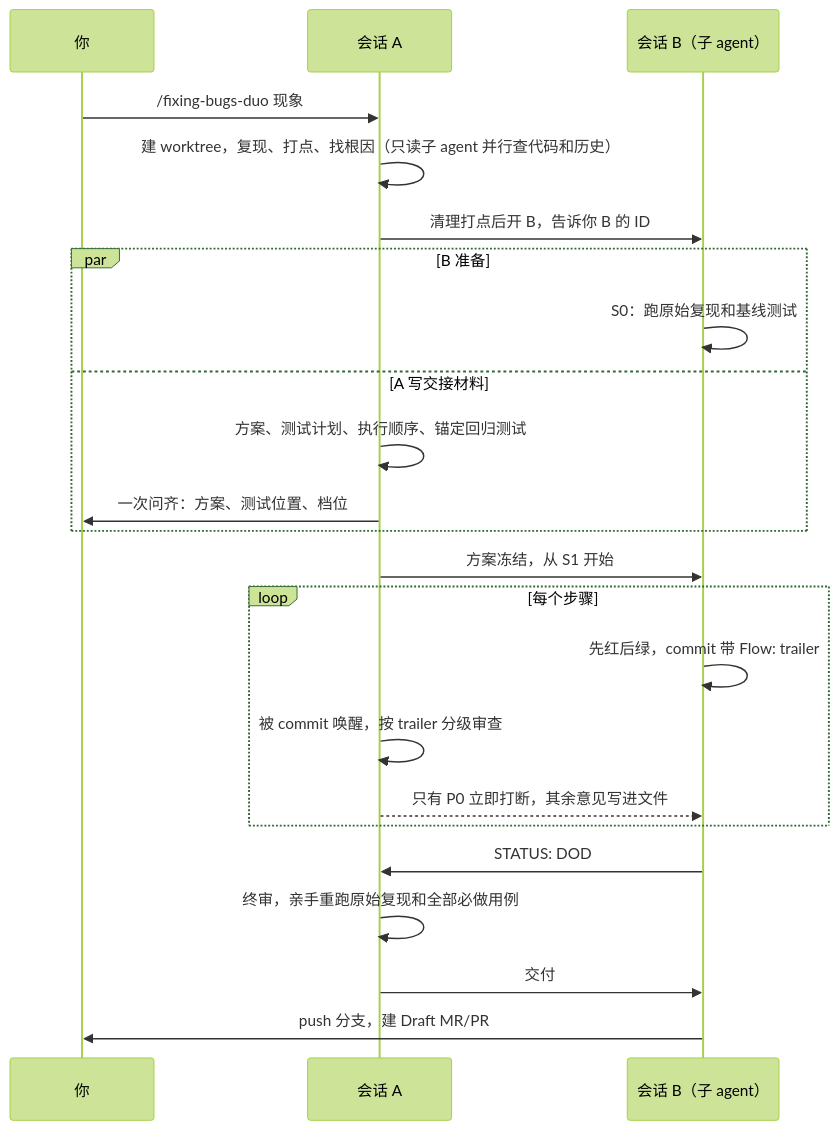
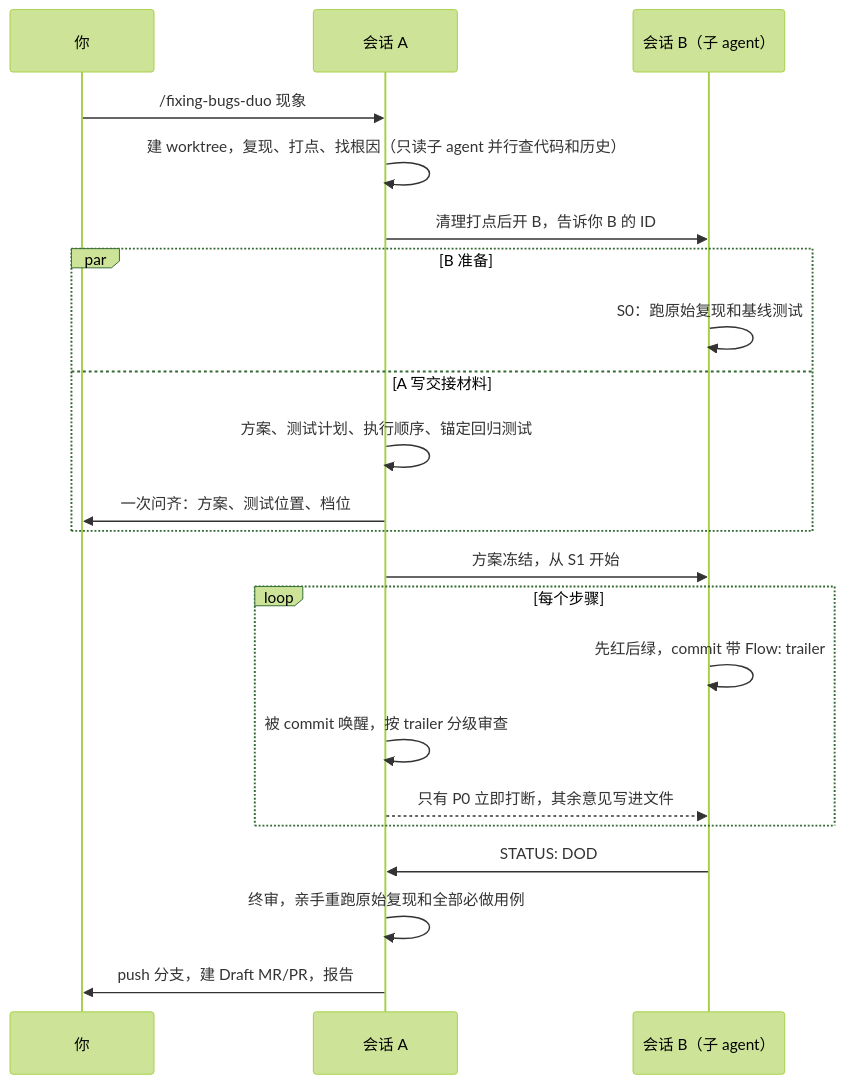
Before and after one commit to Shengjingwa/fixing-bugs-duo: the diagram in README.md, drawn with Mermaid (forest theme). The commit also changed other lines of this file and 9 other files, not shown here.

````diff
--- a/README.md
+++ b/README.md
@@ -18,25 +18,24 @@
 ```mermaid
 sequenceDiagram
   participant U as 你
   participant A as 会话 A
   participant B as 会话 B（子 agent）
   U->>A: /fixing-bugs-duo 现象
   A->>A: 建 worktree，复现、打点、找根因（只读子 agent 并行查代码和历史）
   A->>B: 清理打点后开 B，告诉你 B 的 ID
   par B 准备
     B->>B: S0：跑原始复现和基线测试
   and A 写交接材料
     A->>A: 方案、测试计划、执行顺序、锚定回归测试
     A->>U: 一次问齐：方案、测试位置、档位
   end
   A->>B: 方案冻结，从 S1 开始
   loop 每个步骤
     B->>B: 先红后绿，commit 带 Flow: trailer
     A->>A: 被 commit 唤醒，按 trailer 分级审查
     A-->>B: 只有 P0 立即打断，其余意见写进文件
   end
   B->>A: STATUS: DOD
   A->>A: 终审，亲手重跑原始复现和全部必做用例
-  A->>B: 交付
-  B->>U: push 分支，建 Draft MR/PR
+  A->>U: push 分支，建 Draft MR/PR，报告
 ```
````
